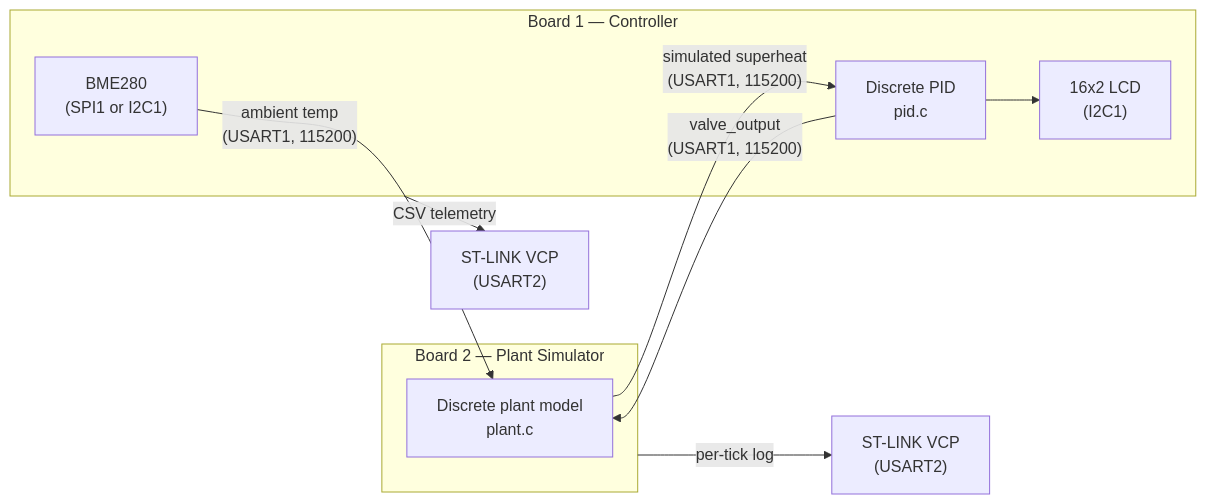
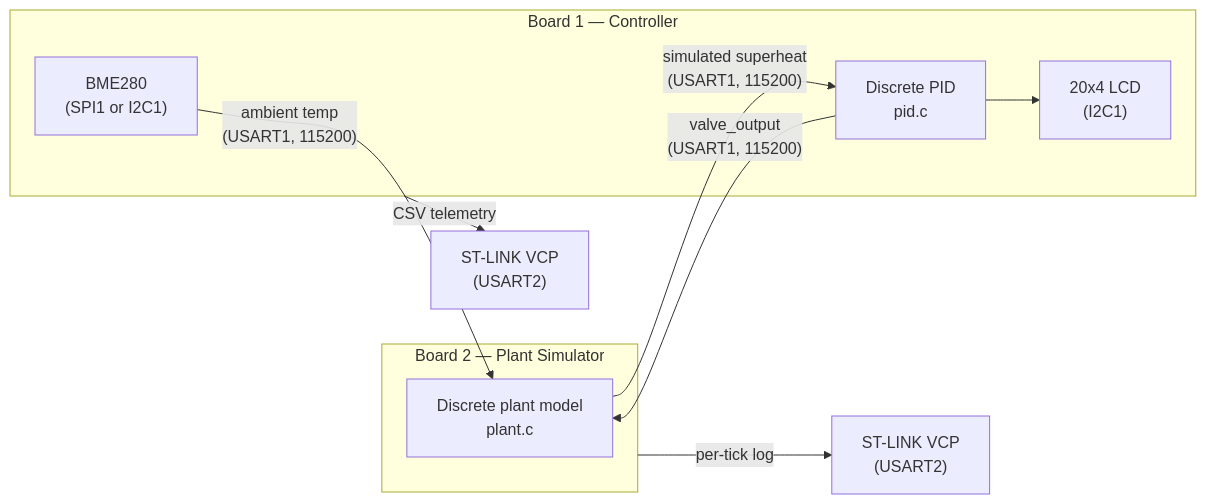
One commit to DanishMalik333/superheat-control changed the first of 2 diagrams in README.md. Above: the diagram before and after it, drawn with Mermaid. The commit also changed other lines of this file and 4 other files, not shown here.

````diff
--- a/README.md
+++ b/README.md
@@ -33,20 +33,20 @@
 ```mermaid
 flowchart LR
     subgraph Board1["Board 1 — Controller"]
         BME280["BME280\n(SPI1 or I2C1)"]
         PID["Discrete PID\npid.c"]
-        LCD["16x2 LCD\n(I2C1)"]
+        LCD["20x4 LCD\n(I2C1)"]
     end
 
     subgraph Board2["Board 2 — Plant Simulator"]
         Plant["Discrete plant model\nplant.c"]
     end
 
     PID -->|"valve_output\n(USART1, 115200)"| Plant
     BME280 -->|"ambient temp\n(USART1, 115200)"| Plant
     Plant -->|"simulated superheat\n(USART1, 115200)"| PID
     PID --> LCD
 
     Board1 -->|"CSV telemetry"| VCP1["ST-LINK VCP\n(USART2)"]
     Board2 -->|"per-tick log"| VCP2["ST-LINK VCP\n(USART2)"]
 ```
````
